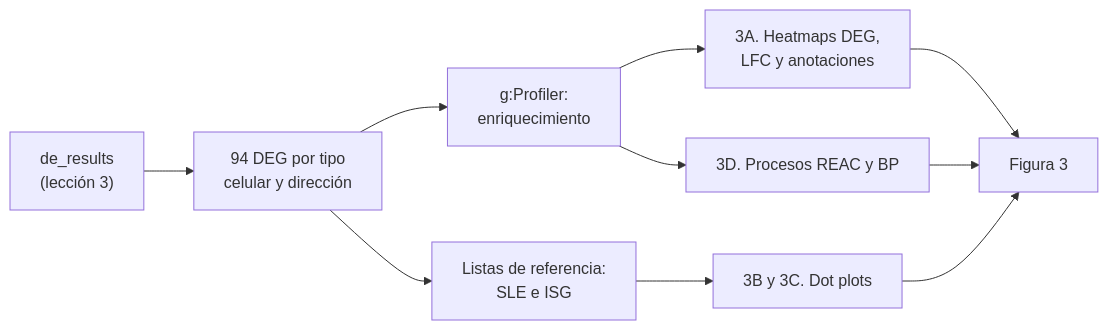
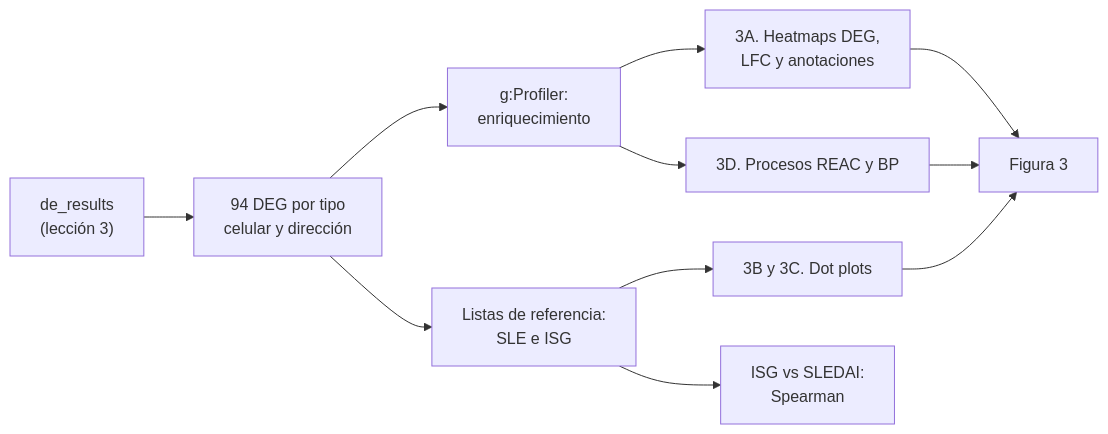
The diagram in articles/l4_GOterms_es.md (EveliaCoss/GeneExprLupusMx), drawn with Mermaid before and after one commit. The commit also changed other lines of this file and 93 other files, not shown here.

````diff
--- a/articles/l4_GOterms_es.md
+++ b/articles/l4_GOterms_es.md
@@ -30,18 +32,20 @@
 ``` mermaid
 
 flowchart LR
   A["de_results
 (lección 3)"] --> B["94 DEG por tipo
 celular y dirección"]
   B --> C["g:Profiler:
 enriquecimiento"]
   B --> D["Listas de referencia:
 SLE e ISG"]
   C --> E["3A. Heatmaps DEG,
 LFC y anotaciones"]
   D --> F["3B y 3C. Dot plots"]
   C --> G["3D. Procesos REAC y BP"]
   E --> H["Figura 3"]
   F --> H
   G --> H
+  D --> I["ISG vs SLEDAI:
+Spearman"]
 ```
````
